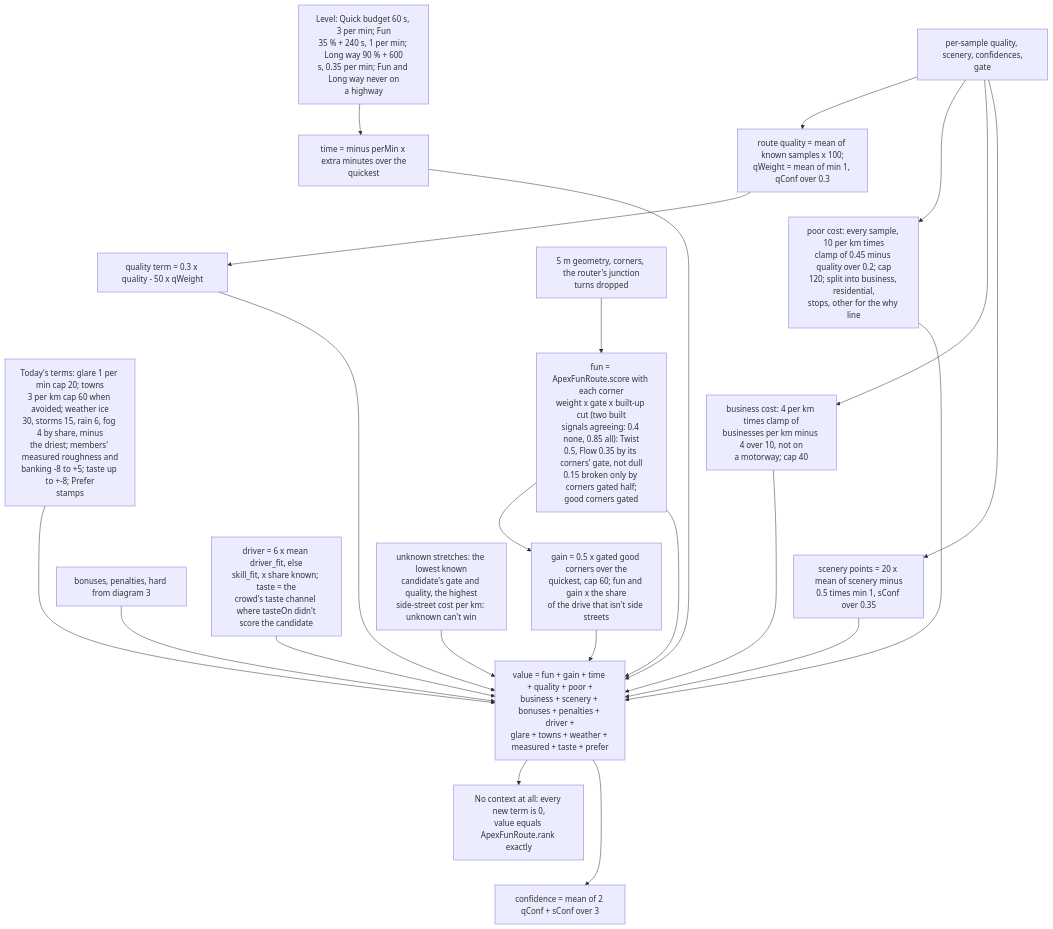
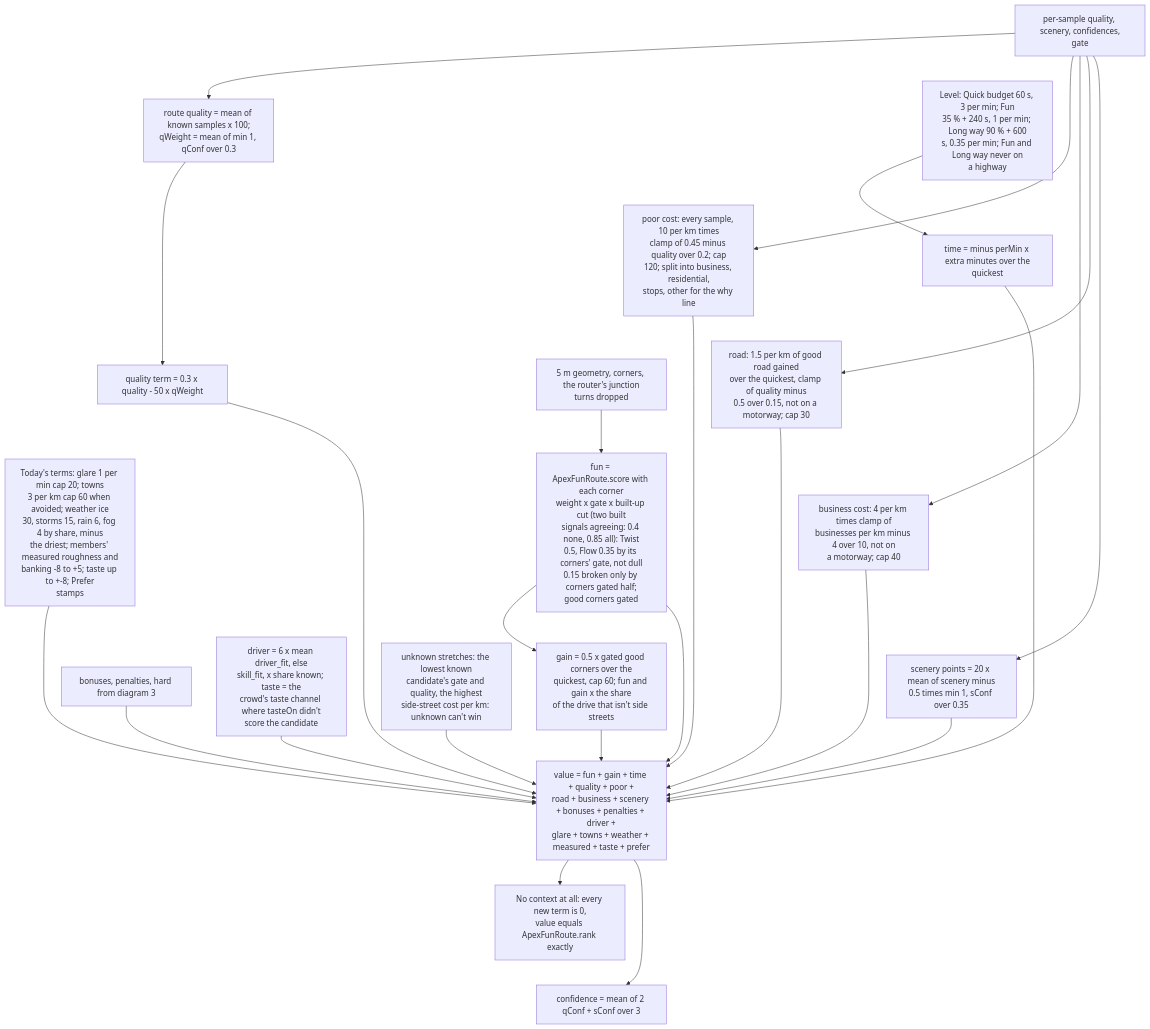
Before and after one commit to Senft5/ApexNav: the fourth of 5 diagrams in docs/ROUTE_ENGINE.md, drawn with Mermaid. The commit also changed other lines of this file and 11 other files, not shown here.

First line of the commit message:
Engine and router agree on what a longer way buys: good road gained counts by the km

````diff
--- a/docs/ROUTE_ENGINE.md
+++ b/docs/ROUTE_ENGINE.md
@@ -124,22 +124,23 @@
 ```mermaid
 flowchart TD
   SAMP["per-sample quality, scenery, confidences,<br>gate"] --> QR["route quality = mean of known samples x 100;<br>qWeight = mean of min 1, qConf over 0.3"]
   SAMP --> POOR["poor cost: every sample, 10 per km times<br>clamp of 0.45 minus quality over 0.2; cap<br>120; split into business, residential,<br>stops, other for the why line"]
   SAMP --> BIZ["business cost: 4 per km times clamp of<br>businesses per km minus 4 over 10, not on<br>a motorway; cap 40"]
+  SAMP --> GOOD["road: 1.5 per km of good road gained<br>over the quickest, clamp of quality minus<br>0.5 over 0.15, not on a motorway; cap 30"]
   SAMP --> SCN["scenery points = 20 x mean of scenery minus<br>0.5 times min 1, sConf over 0.35"]
   GEO["5 m geometry, corners, the router's junction<br>turns dropped"] --> FUN["fun = ApexFunRoute.score with each corner<br>weight x gate x built-up cut (two built<br>signals agreeing: 0.4 none, 0.85 all): Twist<br>0.5, Flow 0.35 by its corners' gate, not dull<br>0.15 broken only by corners gated half;<br>good corners gated"]
   FUN --> GAIN["gain = 0.5 x gated good corners over the<br>quickest, cap 60; fun and gain x the share<br>of the drive that isn't side streets"]
   LVL["Level: Quick budget 60 s, 3 per min; Fun<br>35 % + 240 s, 1 per min; Long way 90 % + 600<br>s, 0.35 per min; Fun and Long way never on<br>a highway"] --> TIME["time = minus perMin x extra minutes over the<br>quickest"]
   QR --> QT["quality term = 0.3 x quality - 50 x qWeight"]
   DRV["driver = 6 x mean driver_fit, else<br>skill_fit, x share known; taste = the<br>crowd's taste channel where tasteOn didn't<br>score the candidate"] --> V
   OLD["Today's terms: glare 1 per min cap 20; towns<br>3 per km cap 60 when avoided; weather ice<br>30, storms 15, rain 6, fog 4 by share, minus<br>the driest; members' measured roughness and<br>banking -8 to +5; taste up to +-8; Prefer<br>stamps"] --> V
-  QR ~~~ POOR ~~~ BIZ ~~~ SCN
+  QR ~~~ POOR ~~~ GOOD ~~~ BIZ ~~~ SCN
   FUN ~~~ GAIN
   LVL ~~~ TIME ~~~ QT ~~~ OLD ~~~ BP
-  FUN & GAIN & TIME & QT & POOR & BIZ & SCN --> V["value = fun + gain + time + quality + poor +<br>business + scenery + bonuses + penalties + driver +<br>glare + towns + weather + measured + taste + prefer"]
+  FUN & GAIN & TIME & QT & POOR & GOOD & BIZ & SCN --> V["value = fun + gain + time + quality + poor +<br>road + business + scenery + bonuses + penalties + driver +<br>glare + towns + weather + measured + taste + prefer"]
   BP["bonuses, penalties, hard from diagram 3"] --> V
   UNK["unknown stretches: the lowest known<br>candidate's gate and quality, the highest<br>side-street cost per km: unknown can't win"] --> V
   V --> NOCTX["No context at all: every new term is 0,<br>value equals ApexFunRoute.rank exactly"]
   NOCTX ~~~ CONF
   V --> CONF["confidence = mean of 2 qConf + sConf over 3"]
 ```
````
